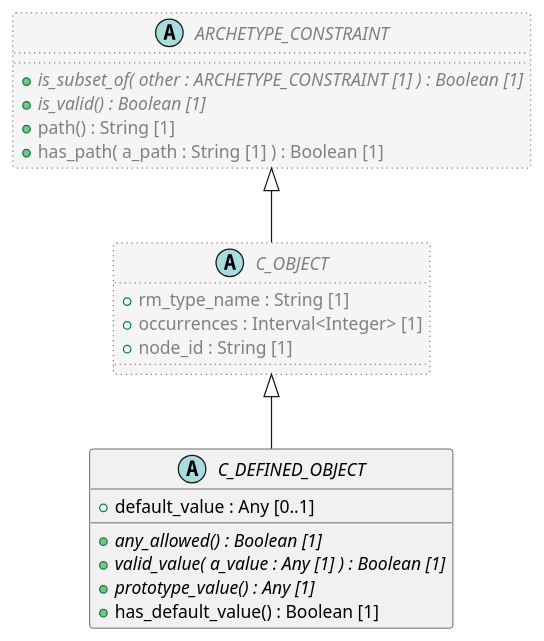
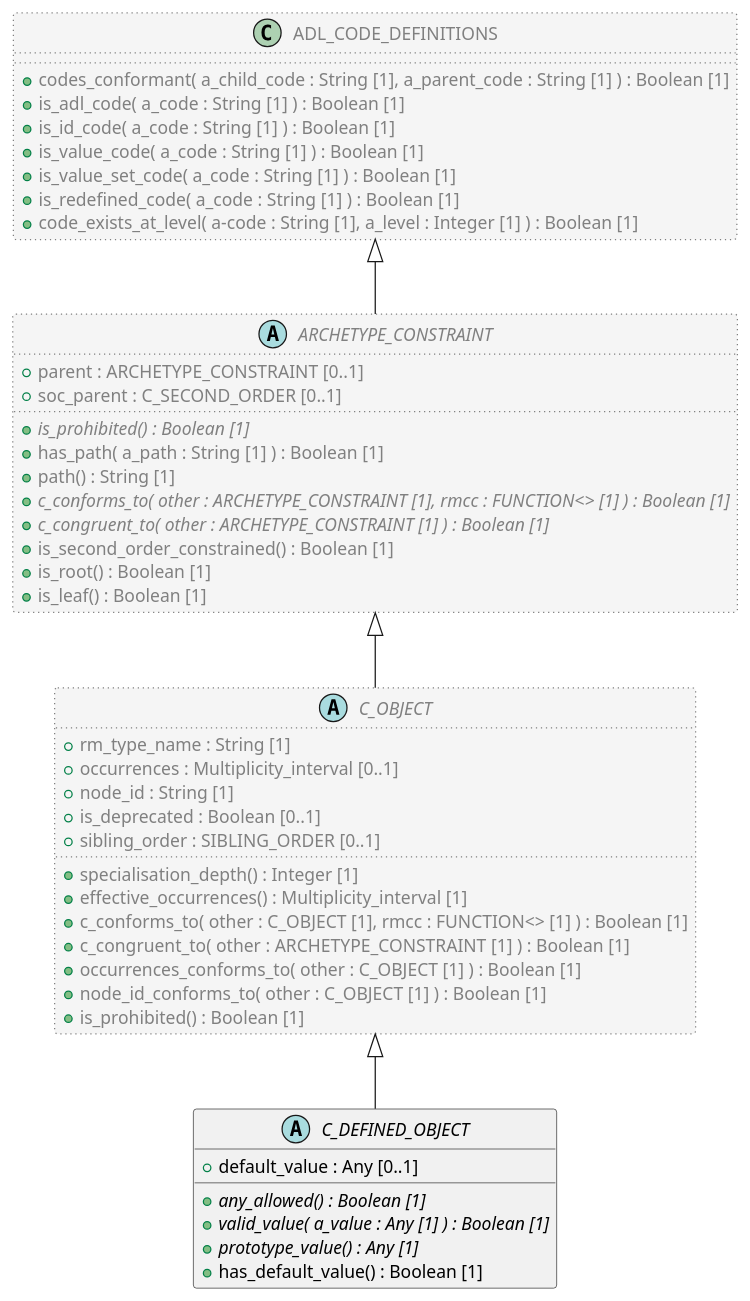
Before and after one commit to sebastian-iancu/code-generator: the diagram in code/Adoc/openehr_am_2.3.0/plantUML/classes/org.openehr.am.aom2.c_defined_object.adoc, drawn with PlantUML. The commit also changed 719 other files, not shown here.

```diff
--- a/code/Adoc/openehr_am_2.3.0/plantUML/classes/org.openehr.am.aom2.c_defined_object.adoc
+++ b/code/Adoc/openehr_am_2.3.0/plantUML/classes/org.openehr.am.aom2.c_defined_object.adoc
@@ -1,32 +1,59 @@
 [plantuml,C_DEFINED_OBJECT,format=svg,svg-type="inline"]
 -----
 @startuml
 
 abstract class C_DEFINED_OBJECT {
   + default_value : Any [0..1]
   + {abstract} any_allowed() : Boolean [1]
   + {abstract} valid_value( a_value : Any [1] ) : Boolean [1]
   + {abstract} prototype_value() : Any [1]
   + has_default_value() : Boolean [1]
 }
 
 abstract class C_OBJECT  #whitesmoke;line:gray;line.dotted;text:gray {
   + rm_type_name : String [1]
-  + occurrences : Interval<Integer> [1]
+  + occurrences : Multiplicity_interval [0..1]
   + node_id : String [1]
+  + is_deprecated : Boolean [0..1]
+  + sibling_order : SIBLING_ORDER [0..1]
+  + specialisation_depth() : Integer [1]
+  + effective_occurrences() : Multiplicity_interval [1]
+  + c_conforms_to( other : C_OBJECT [1], rmcc : FUNCTION<> [1] ) : Boolean [1]
+  + c_congruent_to( other : ARCHETYPE_CONSTRAINT [1] ) : Boolean [1]
+  + occurrences_conforms_to( other : C_OBJECT [1] ) : Boolean [1]
+  + node_id_conforms_to( other : C_OBJECT [1] ) : Boolean [1]
+  + is_prohibited() : Boolean [1]
 }
 
 abstract class ARCHETYPE_CONSTRAINT  #whitesmoke;line:gray;line.dotted;text:gray {
-  + {abstract} is_subset_of( other : ARCHETYPE_CONSTRAINT [1] ) : Boolean [1]
-  + {abstract} is_valid() : Boolean [1]
+  + parent : ARCHETYPE_CONSTRAINT [0..1]
+  + soc_parent : C_SECOND_ORDER [0..1]
+  + {abstract} is_prohibited() : Boolean [1]
+  + has_path( a_path : String [1] ) : Boolean [1]
   + path() : String [1]
-  + has_path( a_path : String [1] ) : Boolean [1]
+  + {abstract} c_conforms_to( other : ARCHETYPE_CONSTRAINT [1], rmcc : FUNCTION<> [1] ) : Boolean [1]
+  + {abstract} c_congruent_to( other : ARCHETYPE_CONSTRAINT [1] ) : Boolean [1]
+  + is_second_order_constrained() : Boolean [1]
+  + is_root() : Boolean [1]
+  + is_leaf() : Boolean [1]
 }
+
+class ADL_CODE_DEFINITIONS  #whitesmoke;line:gray;line.dotted;text:gray {
+  + codes_conformant( a_child_code : String [1], a_parent_code : String [1] ) : Boolean [1]
+  + is_adl_code( a_code : String [1] ) : Boolean [1]
+  + is_id_code( a_code : String [1] ) : Boolean [1]
+  + is_value_code( a_code : String [1] ) : Boolean [1]
+  + is_value_set_code( a_code : String [1] ) : Boolean [1]
+  + is_redefined_code( a_code : String [1] ) : Boolean [1]
+  + code_exists_at_level( a-code : String [1], a_level : Integer [1] ) : Boolean [1]
+}
+
+ADL_CODE_DEFINITIONS <|-- ARCHETYPE_CONSTRAINT
 
 ARCHETYPE_CONSTRAINT <|-- C_OBJECT
 
 C_OBJECT <|-- C_DEFINED_OBJECT
 
 
 @enduml
 -----
```
